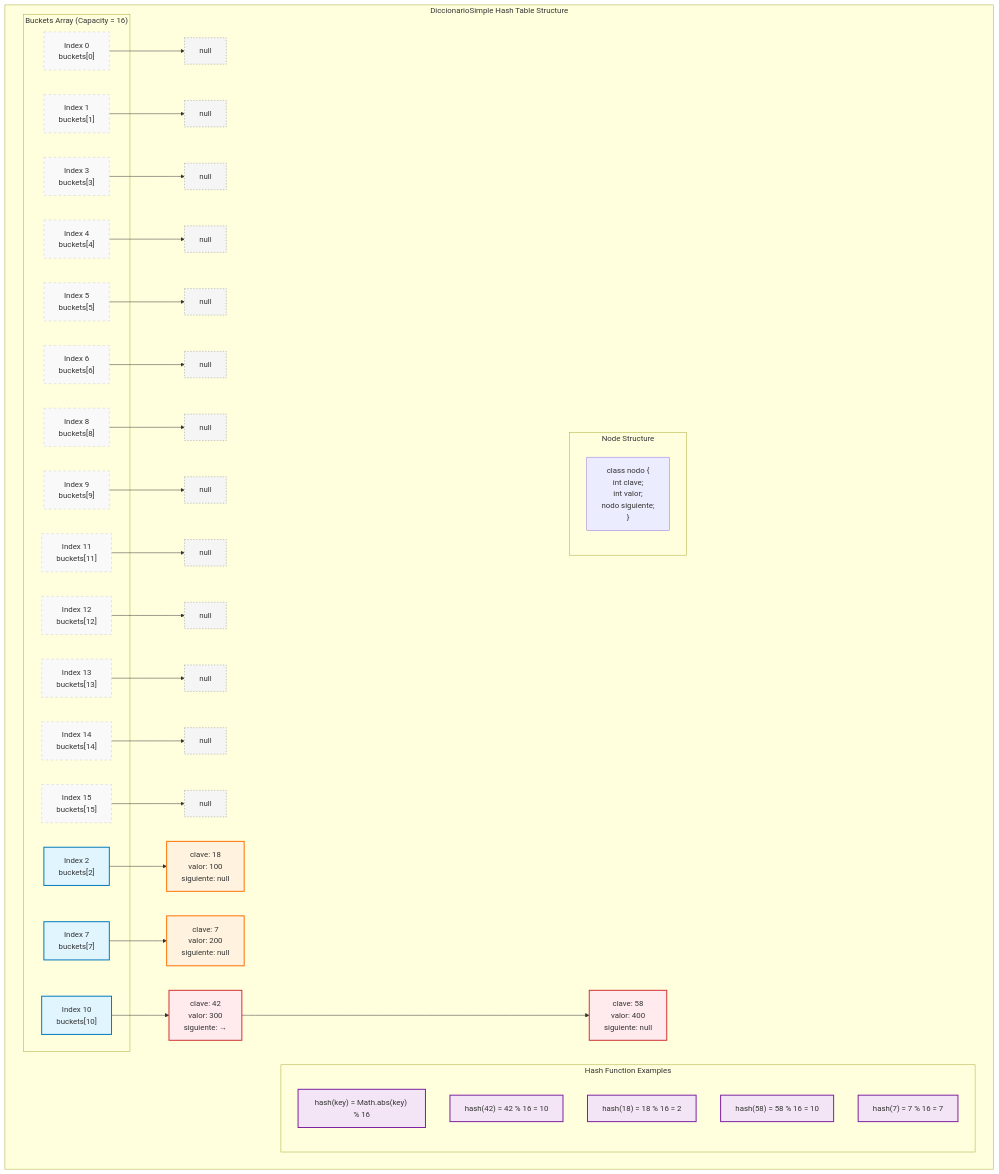
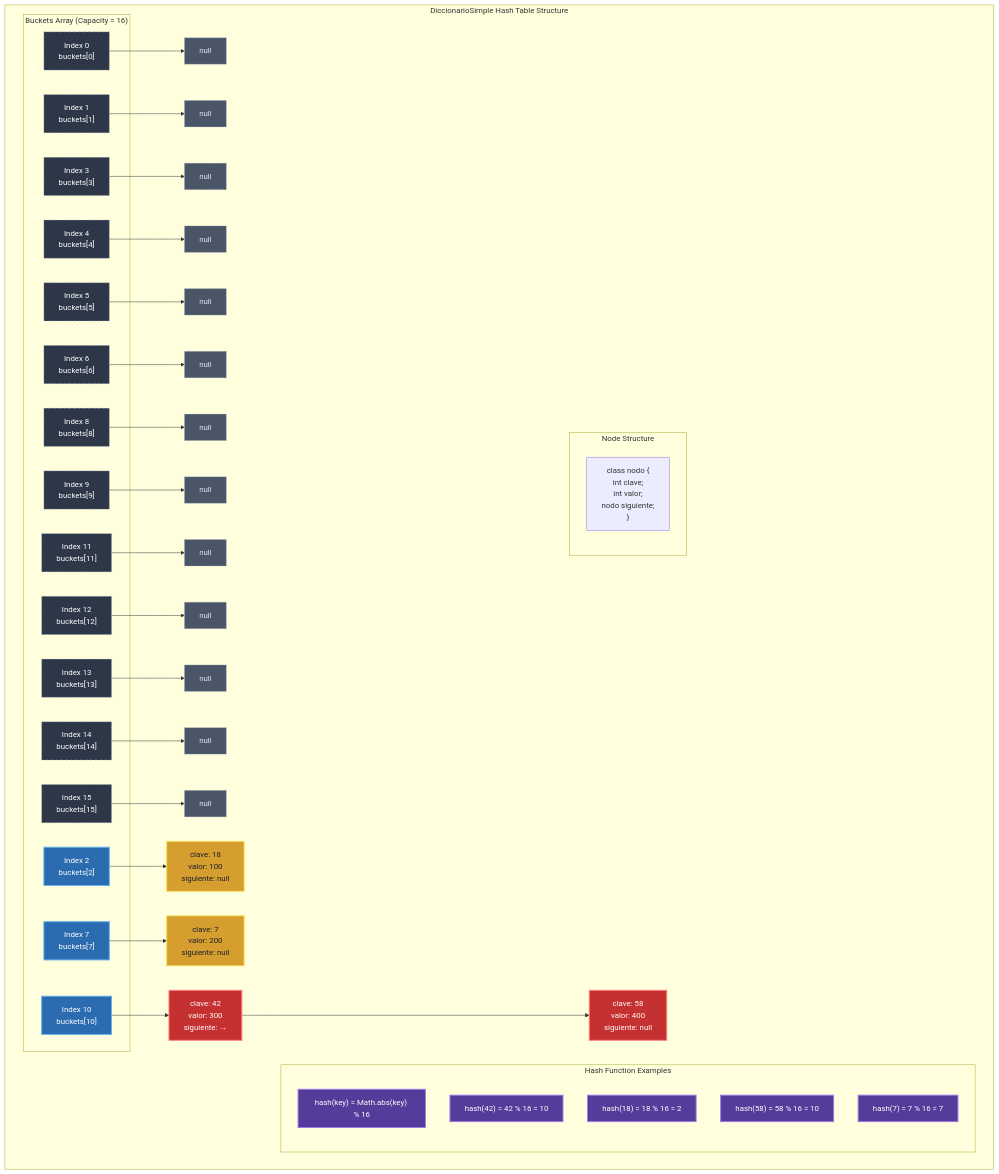
Before and after one commit to pybalt/algo2: the diagram in README_DiccionarioSimple.md, drawn with Mermaid. The commit also changed 1 other file, not shown here.

Commit message:
Update README files to optimize diagram styles for dark mode, enhancing visual clarity and consistency across documentation.

````diff
--- a/README_DiccionarioSimple.md
+++ b/README_DiccionarioSimple.md
@@ -15,75 +15,75 @@
 ```mermaid
 graph TD
     subgraph "DiccionarioSimple Hash Table Structure"
         subgraph "Buckets Array (Capacity = 16)"
             B0["Index 0<br/>buckets[0]"]
             B1["Index 1<br/>buckets[1]"]
             B2["Index 2<br/>buckets[2]"]
             B3["Index 3<br/>buckets[3]"]
             B4["Index 4<br/>buckets[4]"]
             B5["Index 5<br/>buckets[5]"]
             B6["Index 6<br/>buckets[6]"]
             B7["Index 7<br/>buckets[7]"]
             B8["Index 8<br/>buckets[8]"]
             B9["Index 9<br/>buckets[9]"]
             B10["Index 10<br/>buckets[10]"]
             B11["Index 11<br/>buckets[11]"]
             B12["Index 12<br/>buckets[12]"]
             B13["Index 13<br/>buckets[13]"]
             B14["Index 14<br/>buckets[14]"]
             B15["Index 15<br/>buckets[15]"]
         end
         
         subgraph "Hash Function Examples"
             HF["hash(key) = Math.abs(key) % 16"]
             EX1["hash(42) = 42 % 16 = 10"]
             EX2["hash(18) = 18 % 16 = 2"]
             EX3["hash(58) = 58 % 16 = 10"]
             EX4["hash(7) = 7 % 16 = 7"]
         end
         
         subgraph "Node Structure"
             NS["class nodo {<br/>  int clave;<br/>  int valor;<br/>  nodo siguiente;<br/>}"]
         end
         
         %% Empty buckets (each with their own null pointer)
         B0 --> NULL0[null]
         B1 --> NULL1[null]
         B3 --> NULL3[null]
         B4 --> NULL4[null]
         B5 --> NULL5[null]
         B6 --> NULL6[null]
         B8 --> NULL8[null]
         B9 --> NULL9[null]
         B11 --> NULL11[null]
         B12 --> NULL12[null]
         B13 --> NULL13[null]
         B14 --> NULL14[null]
         B15 --> NULL15[null]
         
         %% Single node in bucket 2
         B2 --> N1["clave: 18<br/>valor: 100<br/>siguiente: null"]
         
         %% Single node in bucket 7
         B7 --> N2["clave: 7<br/>valor: 200<br/>siguiente: null"]
         
         %% Collision in bucket 10 (linked list)
         B10 --> N3["clave: 42<br/>valor: 300<br/>siguiente: →"]
         N3 --> N4["clave: 58<br/>valor: 400<br/>siguiente: null"]
         
-        %% Style for empty buckets
-        classDef emptyBucket fill:#f9f9f9,stroke:#ccc,stroke-dasharray: 5 5
-        classDef filledBucket fill:#e1f5fe,stroke:#0277bd,stroke-width:2px
-        classDef nodeStyle fill:#fff3e0,stroke:#ff6f00,stroke-width:2px
-        classDef hashFunction fill:#f3e5f5,stroke:#7b1fa2,stroke-width:2px
-        classDef collisionNode fill:#ffebee,stroke:#d32f2f,stroke-width:2px
-        classDef nullPointer fill:#f5f5f5,stroke:#999,stroke-dasharray: 3 3
+        %% Style for empty buckets (Dark mode optimized)
+        classDef emptyBucket fill:#2d3748,stroke:#a0aec0,stroke-dasharray: 5 5,color:#ffffff
+        classDef filledBucket fill:#2b6cb0,stroke:#63b3ed,stroke-width:2px,color:#ffffff
+        classDef nodeStyle fill:#d69e2e,stroke:#f6e05e,stroke-width:2px,color:#1a202c
+        classDef hashFunction fill:#553c9a,stroke:#9f7aea,stroke-width:2px,color:#ffffff
+        classDef collisionNode fill:#c53030,stroke:#fc8181,stroke-width:2px,color:#ffffff
+        classDef nullPointer fill:#4a5568,stroke:#a0aec0,stroke-dasharray: 3 3,color:#e2e8f0
         
         class B0,B1,B3,B4,B5,B6,B8,B9,B11,B12,B13,B14,B15 emptyBucket
         class B2,B7,B10 filledBucket
         class N1,N2 nodeStyle
         class N3,N4 collisionNode
         class HF,EX1,EX2,EX3,EX4 hashFunction
         class NULL0,NULL1,NULL3,NULL4,NULL5,NULL6,NULL8,NULL9,NULL11,NULL12,NULL13,NULL14,NULL15 nullPointer
     end
 ```
````
